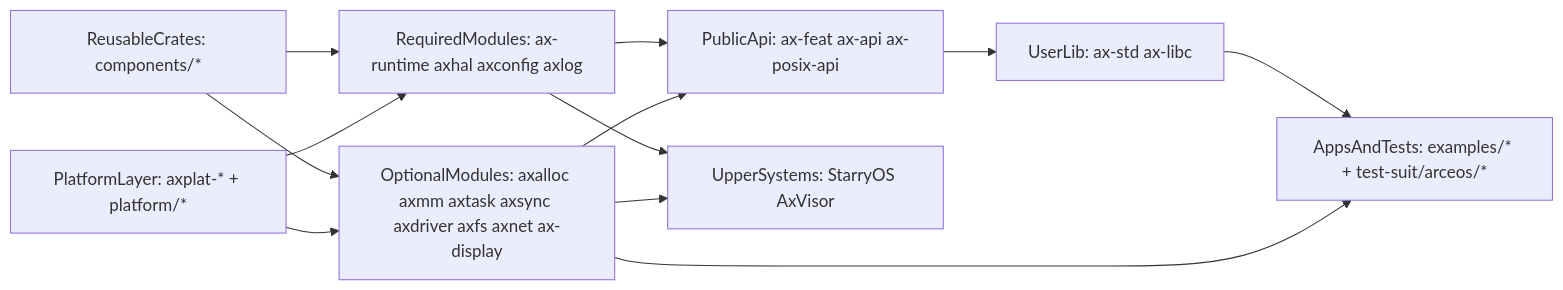
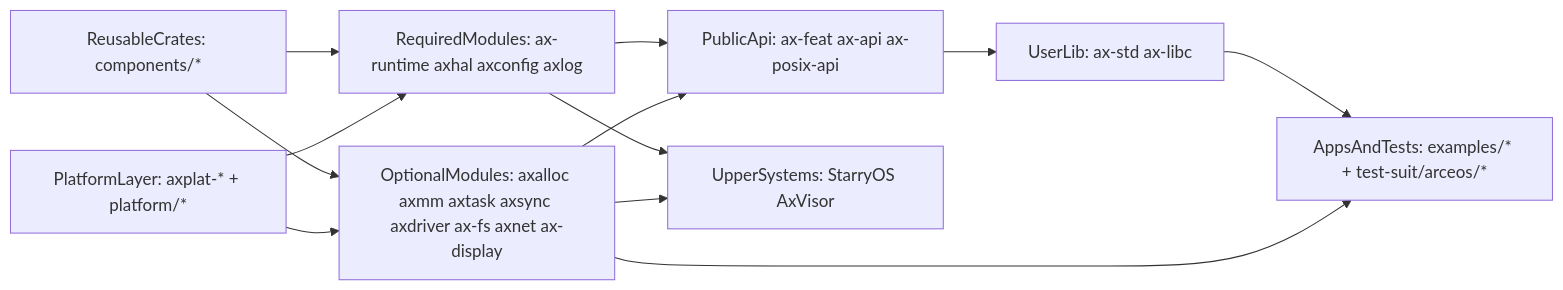
Before and after one commit to zKurisu/tgoskits: the first of 5 diagrams in docs/arceos-internals.md, drawn with Mermaid. The commit also changed other lines of this file and 67 other files, not shown here.

````diff
--- a/docs/arceos-internals.md
+++ b/docs/arceos-internals.md
@@ -36,23 +36,23 @@
 ```mermaid
 flowchart LR
     reusableCrates["ReusableCrates: components/*"]
     platformLayer["PlatformLayer: axplat-* + platform/*"]
     requiredModules["RequiredModules: ax-runtime axhal axconfig axlog"]
-    optionalModules["OptionalModules: axalloc axmm axtask axsync axdriver axfs axnet ax-display"]
+    optionalModules["OptionalModules: axalloc axmm axtask axsync axdriver ax-fs axnet ax-display"]
     publicApi["PublicApi: ax-feat ax-api ax-posix-api"]
     userLib["UserLib: ax-std ax-libc"]
     appsAndTests["AppsAndTests: examples/* + test-suit/arceos/*"]
     upperSystems["UpperSystems: StarryOS AxVisor"]
 
     reusableCrates --> requiredModules
     reusableCrates --> optionalModules
     platformLayer --> requiredModules
     platformLayer --> optionalModules
     requiredModules --> publicApi
     optionalModules --> publicApi
     publicApi --> userLib
     userLib --> appsAndTests
     optionalModules --> appsAndTests
     requiredModules --> upperSystems
     optionalModules --> upperSystems
 ```
````
